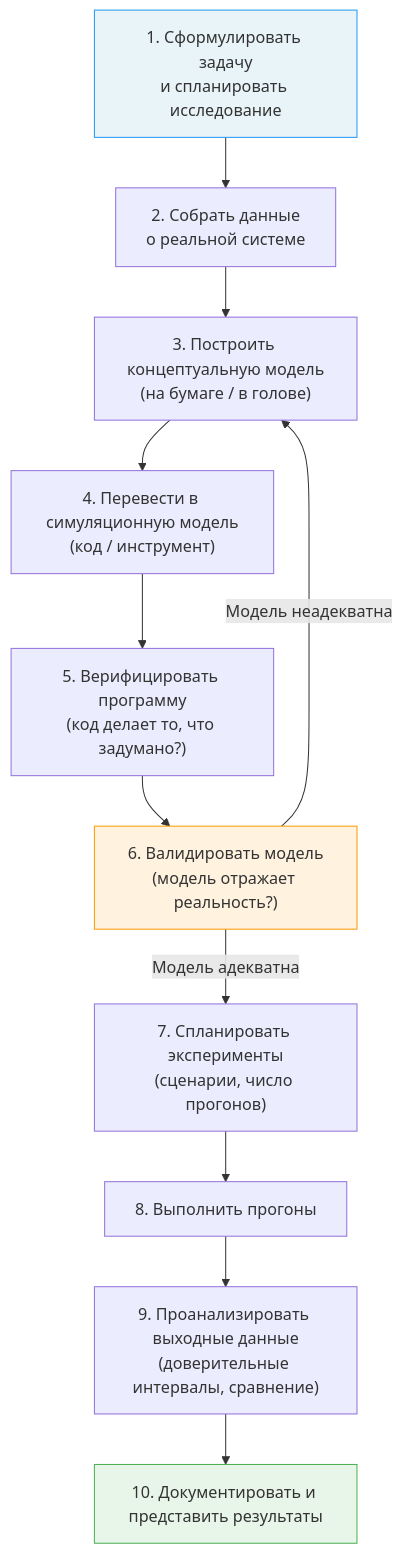
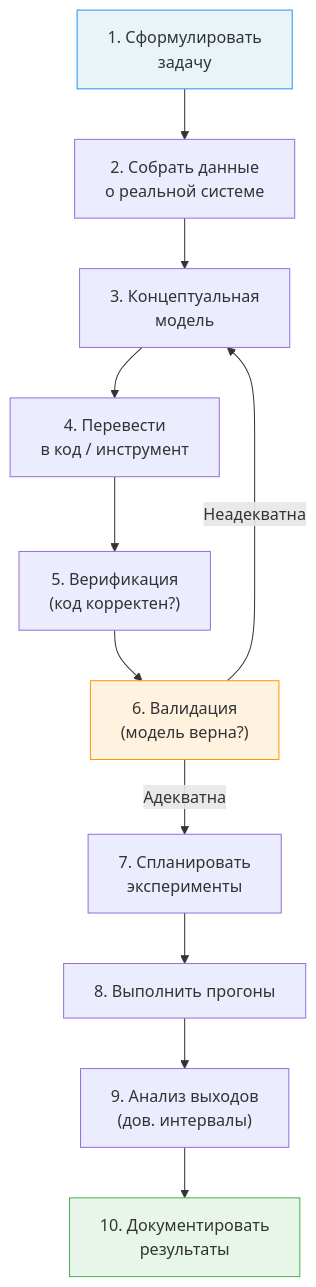
Before and after one commit to stareeg/simulation-modeling-notes: the third of 4 diagrams in docs/11-simulation-analysis.md, drawn with Mermaid. The commit also changed other lines of this file and 14 other files, not shown here.

````diff
--- a/docs/11-simulation-analysis.md
+++ b/docs/11-simulation-analysis.md
@@ -201,28 +201,28 @@
 ```mermaid
 flowchart TD
-    S1["1. Сформулировать задачу\nи спланировать исследование"]
-    S2["2. Собрать данные\nо реальной системе"]
-    S3["3. Построить концептуальную модель\n(на бумаге / в голове)"]
-    S4["4. Перевести в симуляционную модель\n(код / инструмент)"]
-    S5["5. Верифицировать программу\n(код делает то, что задумано?)"]
-    S6["6. Валидировать модель\n(модель отражает реальность?)"]
-    S7["7. Спланировать эксперименты\n(сценарии, число прогонов)"]
+    S1["1. Сформулировать<br>задачу"]
+    S2["2. Собрать данные<br>о реальной системе"]
+    S3["3. Концептуальная<br>модель"]
+    S4["4. Перевести<br>в код / инструмент"]
+    S5["5. Верификация<br>(код корректен?)"]
+    S6["6. Валидация<br>(модель верна?)"]
+    S7["7. Спланировать<br>эксперименты"]
     S8["8. Выполнить прогоны"]
-    S9["9. Проанализировать выходные данные\n(доверительные интервалы, сравнение)"]
-    S10["10. Документировать и представить результаты"]
+    S9["9. Анализ выходов<br>(дов. интервалы)"]
+    S10["10. Документировать<br>результаты"]
 
     S1 --> S2
     S2 --> S3
     S3 --> S4
     S4 --> S5
     S5 --> S6
-    S6 -->|Модель неадекватна| S3
-    S6 -->|Модель адекватна| S7
+    S6 -->|Неадекватна| S3
+    S6 -->|Адекватна| S7
     S7 --> S8
     S8 --> S9
     S9 --> S10
 
     style S1 fill:#e8f4f8,stroke:#2196F3
     style S6 fill:#fff3e0,stroke:#FF9800
     style S10 fill:#e8f5e9,stroke:#4CAF50
 ```
````
